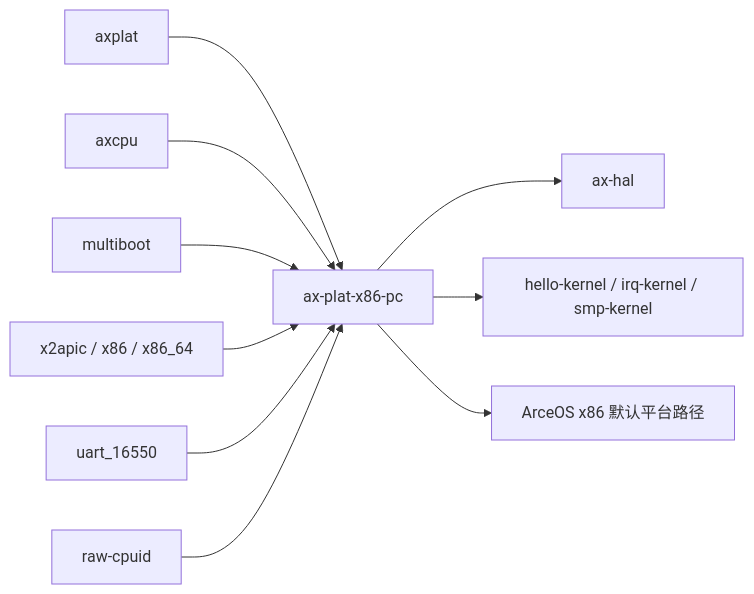
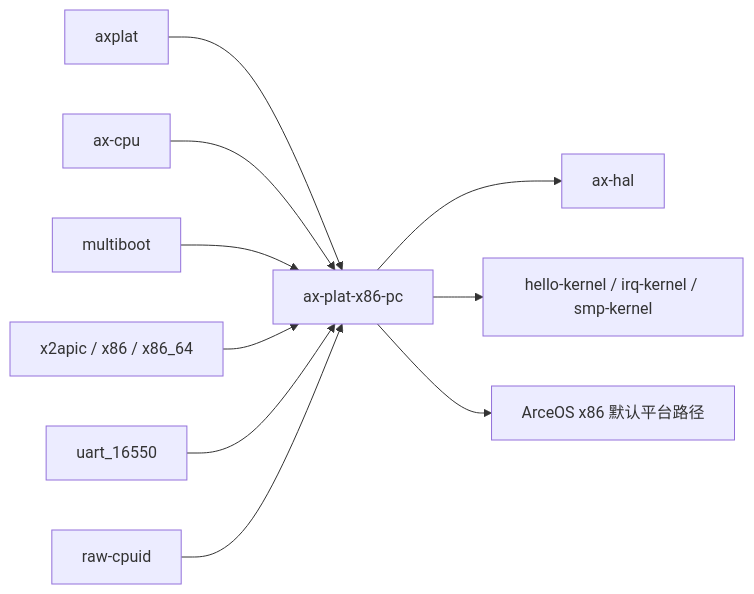
The second of 3 diagrams in docs/crates/ax-plat-x86-pc.md (zKurisu/tgoskits), drawn with Mermaid before and after one commit. The commit also changed other lines of this file and 106 other files, not shown here.

Commit message:
rename axcpu to ax-cpu

````diff
--- a/docs/crates/ax-plat-x86-pc.md
+++ b/docs/crates/ax-plat-x86-pc.md
@@ -122,13 +122,13 @@
 ```mermaid
 graph LR
     axplat["axplat"] --> current["ax-plat-x86-pc"]
-    axcpu["axcpu"] --> current
+    ax-cpu["ax-cpu"] --> current
     multiboot["multiboot"] --> current
     apic["x2apic / x86 / x86_64"] --> current
     uart["uart_16550"] --> current
     cpuid["raw-cpuid"] --> current
 
     current --> ax-hal["ax-hal"]
     current --> hello["hello-kernel / irq-kernel / smp-kernel"]
     current --> arceos["ArceOS x86 默认平台路径"]
 ```
````
